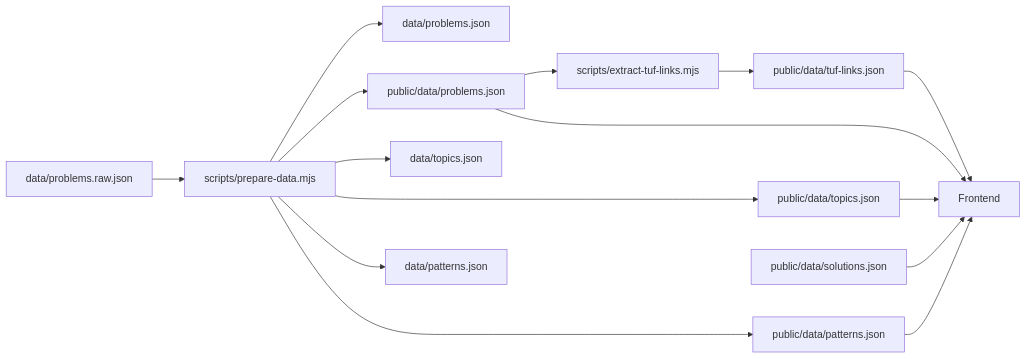
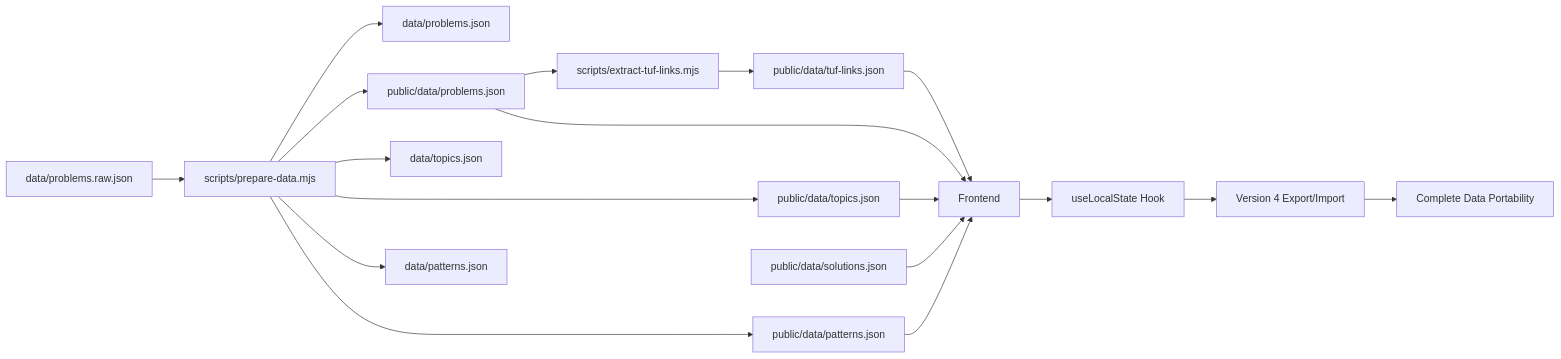
The fifth of 5 diagrams in .qoder/repowiki/en/content/Data Management/Data Management.md (iamrituraj/DSA-Tracker), drawn with Mermaid before and after one commit. The commit also changed other lines of this file and 34 other files, not shown here.

````diff
--- a/.qoder/repowiki/en/content/Data Management/Data Management.md
+++ b/.qoder/repowiki/en/content/Data Management/Data Management.md
@@ -287,17 +396,20 @@
 ```mermaid
 graph LR
 RAW["data/problems.raw.json"] --> PREP["scripts/prepare-data.mjs"]
 PREP --> P_PROBS["data/problems.json"]
 PREP --> PUB_PROBS["public/data/problems.json"]
 PREP --> P_TOPICS["data/topics.json"]
 PREP --> PUB_TOPICS["public/data/topics.json"]
 PREP --> P_PATTERNS["data/patterns.json"]
 PREP --> PUB_PATTERNS["public/data/patterns.json"]
 PUB_PROBS --> LINKS["scripts/extract-tuf-links.mjs"]
 LINKS --> TUF["public/data/tuf-links.json"]
 PUB_PROBS --> UI["Frontend"]
 PUB_TOPICS --> UI
 PUB_PATTERNS --> UI
 PUB_SOLUTIONS["public/data/solutions.json"] --> UI
 TUF --> UI
+UI --> LOCAL_STATE["useLocalState Hook"]
+LOCAL_STATE --> EXPORT_IMPORT["Version 4 Export/Import"]
+EXPORT_IMPORT --> BACKUP["Complete Data Portability"]
 ```
````
